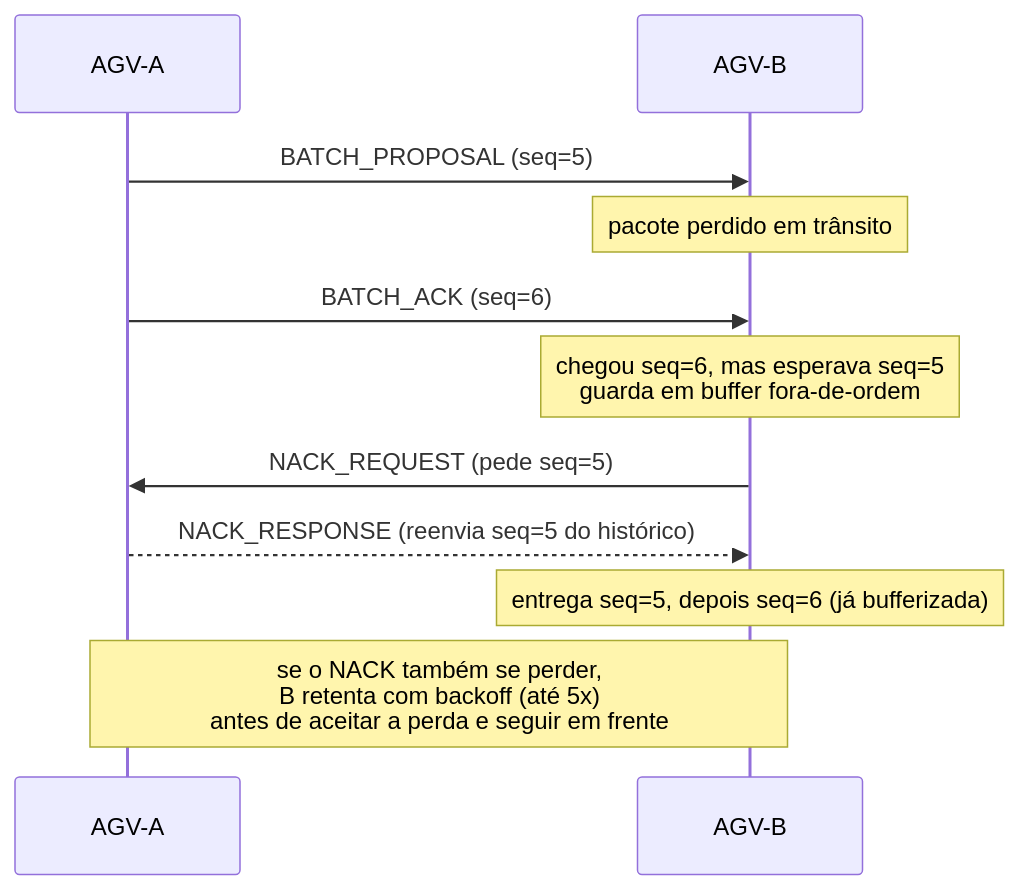
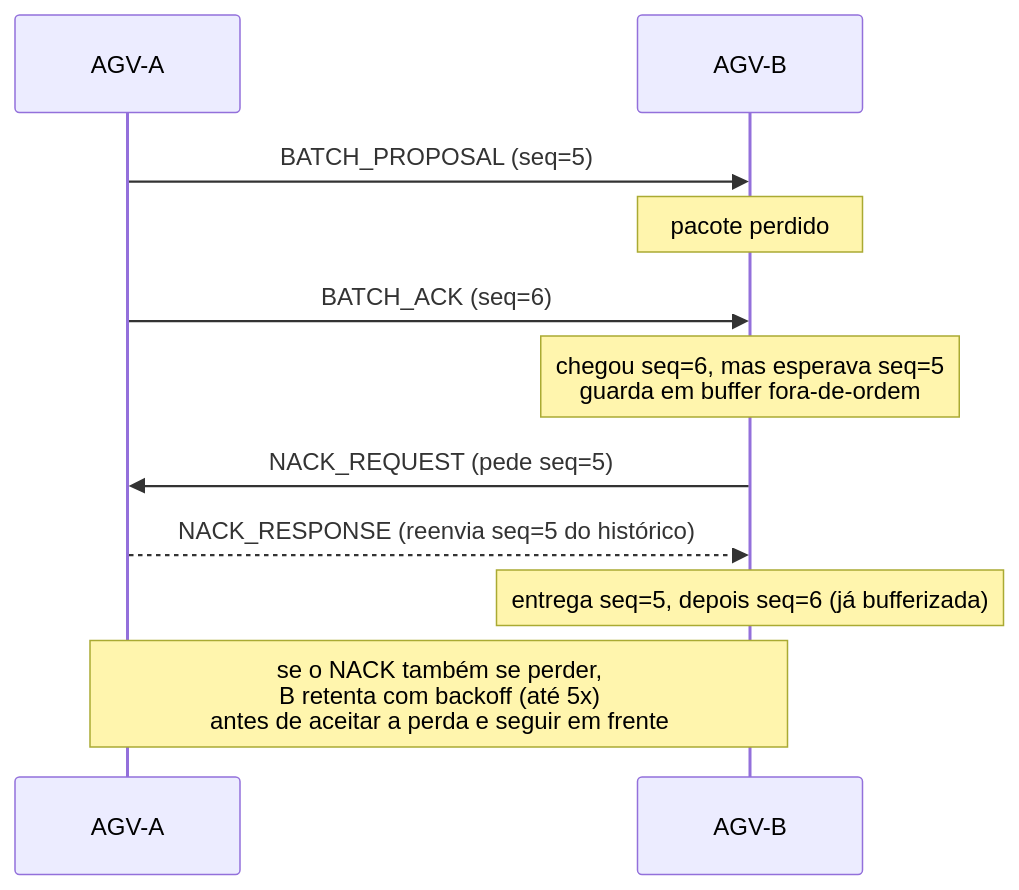
One commit to kaualimadesouza/EP_DSID changed the second of 4 diagrams in ARQUITETURA_E_DECISOES.md. Above: the diagram before and after it, drawn with Mermaid. The commit also changed other lines of this file and 24 other files, not shown here.

````diff
--- a/ARQUITETURA_E_DECISOES.md
+++ b/ARQUITETURA_E_DECISOES.md
@@ -134,14 +73,14 @@
 ```mermaid
 sequenceDiagram
     participant A as AGV-A
     participant B as AGV-B
 
     A->>B: BATCH_PROPOSAL (seq=5)
-    Note over B: pacote perdido em trânsito
+    Note over B: pacote perdido
     A->>B: BATCH_ACK (seq=6)
     Note over B: chegou seq=6, mas esperava seq=5<br/>guarda em buffer fora-de-ordem
     B->>A: NACK_REQUEST (pede seq=5)
     A-->>B: NACK_RESPONSE (reenvia seq=5 do histórico)
     Note over B: entrega seq=5, depois seq=6 (já bufferizada)
     Note over A,B: se o NACK também se perder,<br/>B retenta com backoff (até 5x)<br/>antes de aceitar a perda e seguir em frente
 ```
````
